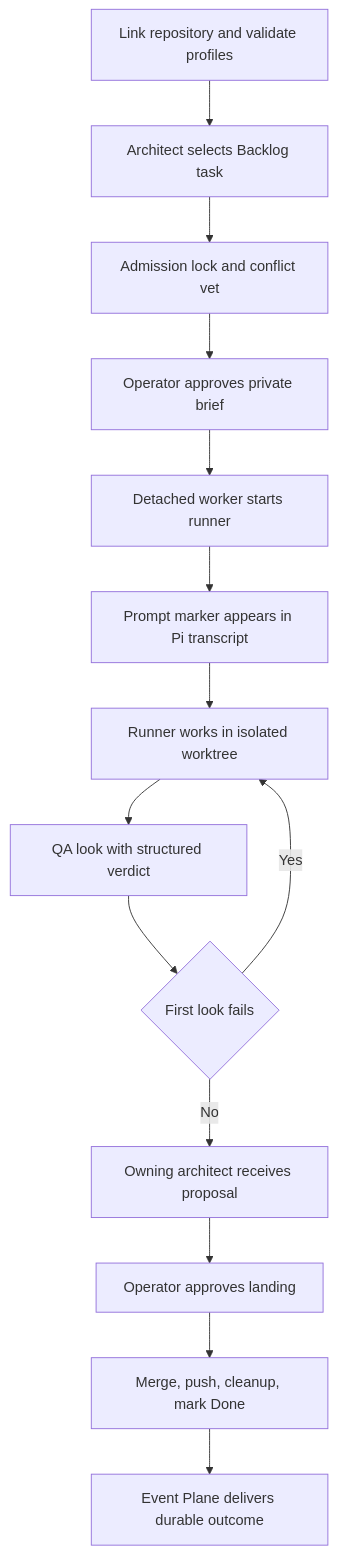
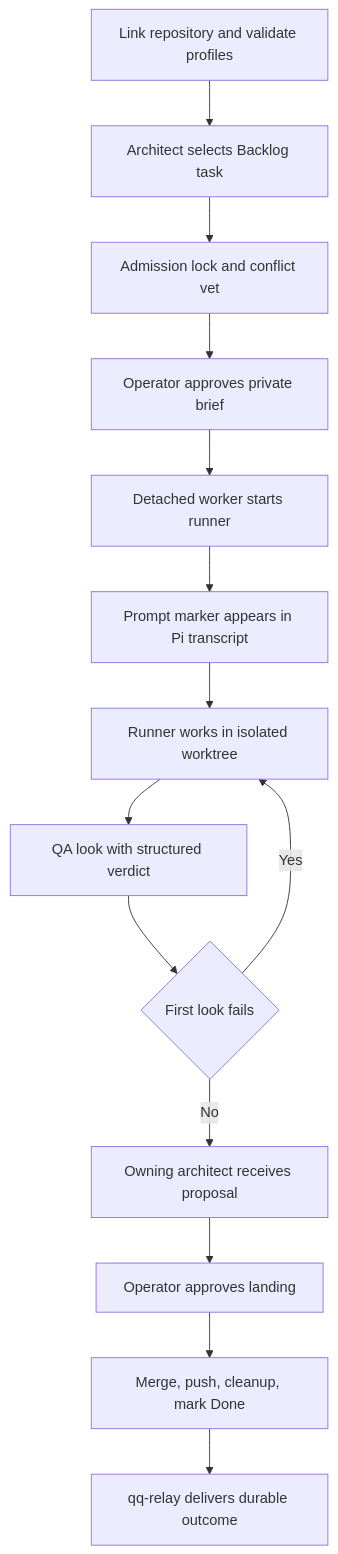
One commit to hypermemetic-ai/qq changed the diagram in openwiki/quickstart.md. Above: the diagram before and after it, drawn with Mermaid. The commit also changed other lines of this file and 10 other files, not shown here.

````diff
--- a/openwiki/quickstart.md
+++ b/openwiki/quickstart.md
@@ -27,16 +27,16 @@
 ```mermaid
 flowchart TD
     Link["Link repository and validate profiles"] --> Architect["Architect selects Backlog task"]
     Architect --> Admit["Admission lock and conflict vet"]
     Admit --> Gate["Operator approves private brief"]
     Gate --> Bootstrap["Detached worker starts runner"]
     Bootstrap --> Proof["Prompt marker appears in Pi transcript"]
     Proof --> Runner["Runner works in isolated worktree"]
     Runner --> QA["QA look with structured verdict"]
     QA --> Fix{"First look fails"}
     Fix -->|Yes| Runner
     Fix -->|No| Proposal["Owning architect receives proposal"]
     Proposal --> Approve["Operator approves landing"]
     Approve --> Land["Merge, push, cleanup, mark Done"]
-    Land --> Outcome["Event Plane delivers durable outcome"]
+    Land --> Outcome["qq-relay delivers durable outcome"]
 ```
````
